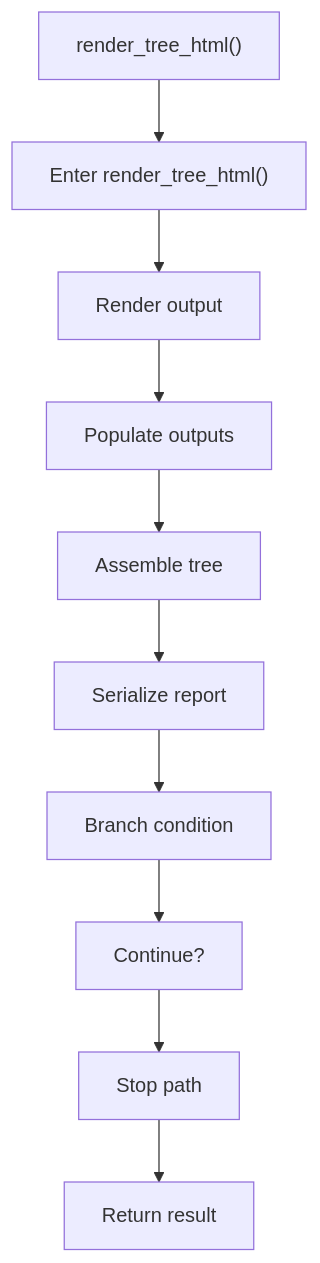
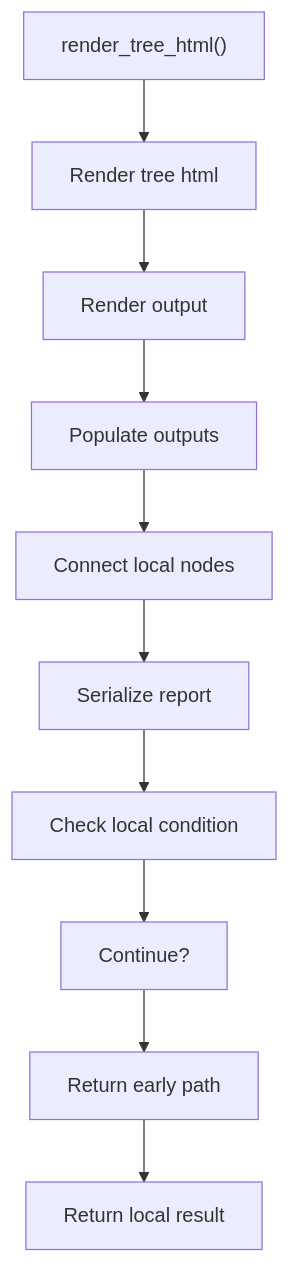
Before and after one commit to JohnAndrewBalbarosa/NeoTerritory: the eighth of 9 diagrams in docs/Codebase/Microservice/Modules/Source/OutputGeneration/Render/tree_html_renderer.cpp.md, drawn with Mermaid. The commit also changed other lines of this file and 925 other files, not shown here.

````diff
--- a/docs/Codebase/Microservice/Modules/Source/OutputGeneration/Render/tree_html_renderer.cpp.md
+++ b/docs/Codebase/Microservice/Modules/Source/OutputGeneration/Render/tree_html_renderer.cpp.md
@@ -247,22 +246,22 @@
 ```mermaid
 flowchart TD
     N0["render_tree_html()"]
-    N1["Enter render_tree_html()"]
+    N1["Render tree html"]
     N2["Render output"]
     N3["Populate outputs"]
-    N4["Assemble tree"]
+    N4["Connect local nodes"]
     N5["Serialize report"]
-    N6["Branch condition"]
+    N6["Check local condition"]
     N7["Continue?"]
-    N8["Stop path"]
-    N9["Return result"]
+    N8["Return early path"]
+    N9["Return local result"]
     N0 --> N1
     N1 --> N2
     N2 --> N3
     N3 --> N4
     N4 --> N5
     N5 --> N6
     N6 --> N7
     N7 --> N8
     N8 --> N9
 ```
````
